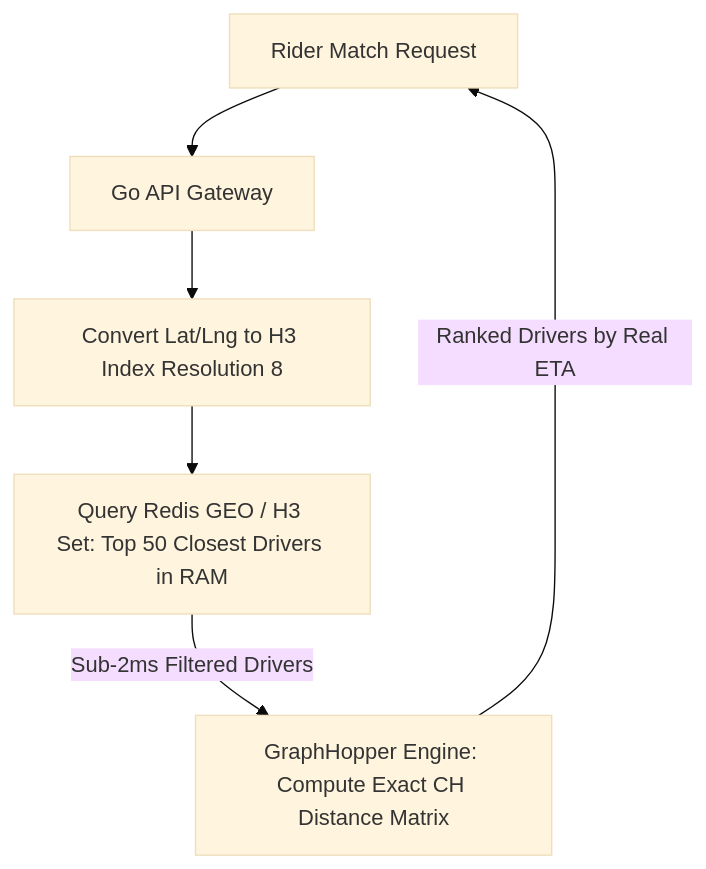
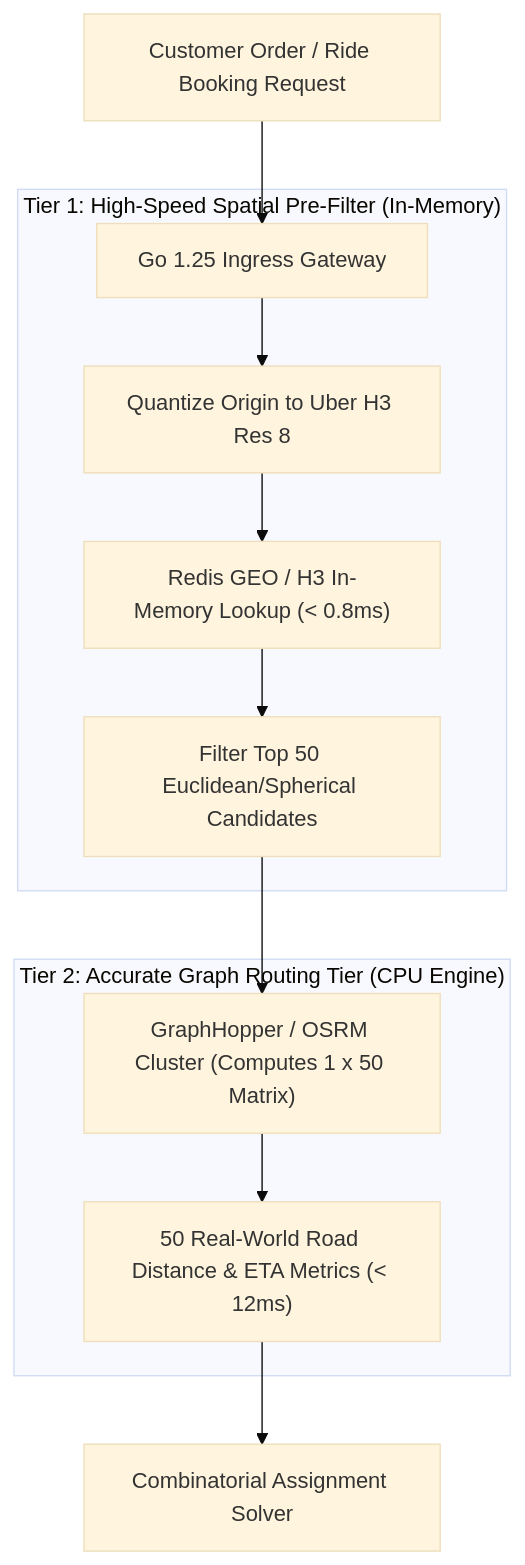
Before and after one commit to vesviet/vesviet: the first of 3 diagrams in content/series/routing-geospatial-architecture/part-3-spatial-indexing.md, drawn with Mermaid (base theme). The commit also changed other lines of this file and 90 other files, not shown here.

````diff
--- a/content/series/routing-geospatial-architecture/part-3-spatial-indexing.md
+++ b/content/series/routing-geospatial-architecture/part-3-spatial-indexing.md
@@ -45,8 +50,17 @@
 ```mermaid
 flowchart TD
-    Client["Rider Match Request"] --> Gateway["Go API Gateway"]
-    Gateway --> H3["Convert Lat/Lng to H3 Index Resolution 8"]
-    H3 --> Redis["Query Redis GEO / H3 Set: Top 50 Closest Drivers in RAM"]
-    Redis -->|"Sub-2ms Filtered Drivers"| GraphHopper["GraphHopper Engine: Compute Exact CH Distance Matrix"]
-    GraphHopper -->|"Ranked Drivers by Real ETA"| Client
+    Client["Customer Order / Ride Booking Request"] --> Gateway["Go 1.25 Ingress Gateway"]
+    
+    subgraph CoarseFilter ["Tier 1: High-Speed Spatial Pre-Filter (In-Memory)"]
+        Gateway --> H3Cluster["Quantize Origin to Uber H3 Res 8"]
+        H3Cluster --> RedisSpatial["Redis GEO / H3 In-Memory Lookup (< 0.8ms)"]
+        RedisSpatial --> Filter50["Filter Top 50 Euclidean/Spherical Candidates"]
+    end
+
+    subgraph FineRouting ["Tier 2: Accurate Graph Routing Tier (CPU Engine)"]
+        Filter50 --> GraphHopperCluster["GraphHopper / OSRM Cluster (Computes 1 x 50 Matrix)"]
+        GraphHopperCluster --> AccurateETA["50 Real-World Road Distance & ETA Metrics (< 12ms)"]
+    end
+
+    AccurateETA --> DispatchEngine["Combinatorial Assignment Solver"]
 ```
````
